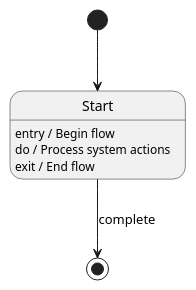
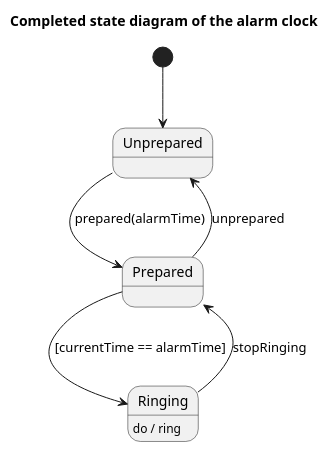
The diagram in dataset/case_43_alarm_clock/diagram.puml (maimunafaria/State_transition_Diagram_generated_by_LLM), drawn with PlantUML before and after one commit. The commit also changed 11 other files, not shown here.

```diff
--- a/dataset/case_43_alarm_clock/diagram.puml
+++ b/dataset/case_43_alarm_clock/diagram.puml
@@ -1,14 +1,17 @@
 @startuml
+title Completed state diagram of the alarm clock
 
-' Placeholder diagram for EXAMPLE_43 - Alarm clock
-' TODO: replace this with the final diagram derived from the case image.
+[*] --> Unprepared
 
-[*] --> Start
+state Unprepared
+state Prepared
+state Ringing
 
-Start : entry / Begin flow
-Start : do / Process system actions
-Start : exit / End flow
+Ringing : do / ring
 
-Start --> [*] : complete
+Unprepared --> Prepared : prepared(alarmTime)
+Prepared --> Unprepared : unprepared
+Prepared --> Ringing : [currentTime == alarmTime]
+Ringing --> Prepared : stopRinging
 
 @enduml
```
